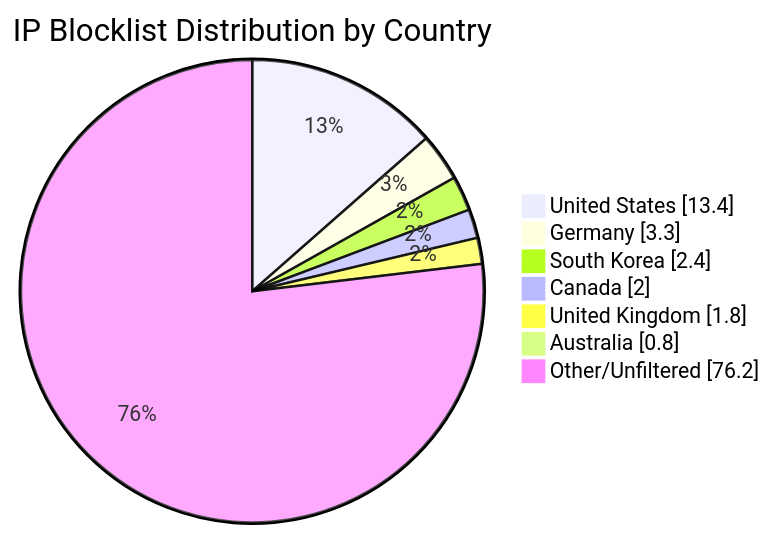
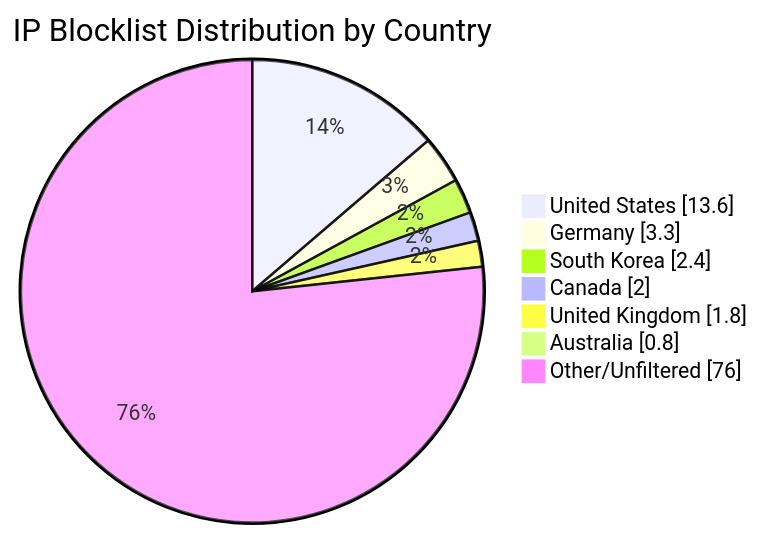
The diagram in README.md (MarcusHoltz/ipblocklist-geofiltered-aggregator), drawn with Mermaid before and after one commit. The commit also changed other lines of this file and 9 other files, not shown here.

````diff
--- a/README.md
+++ b/README.md
@@ -34,10 +34,10 @@
 ```mermaid
 pie showData title IP Blocklist Distribution by Country
-"United States" : 13.4
+"United States" : 13.6
 "Germany" : 3.3
 "South Korea" : 2.4
 "Canada" : 2.0
 "United Kingdom" : 1.8
 "Australia" : 0.8
-"Other/Unfiltered" : 76.2
+"Other/Unfiltered" : 76.0
 ```
````
